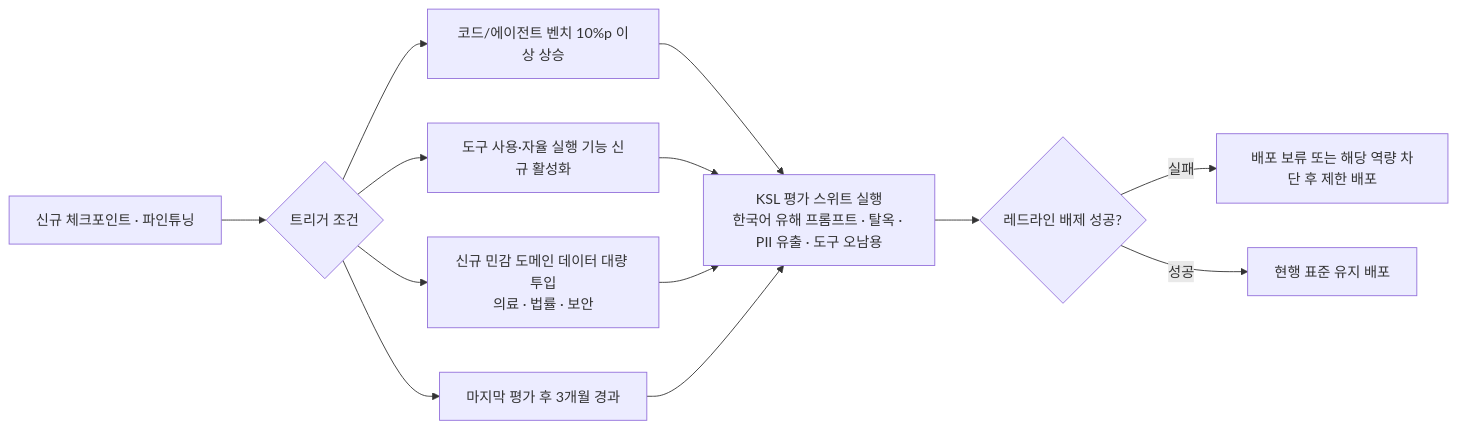
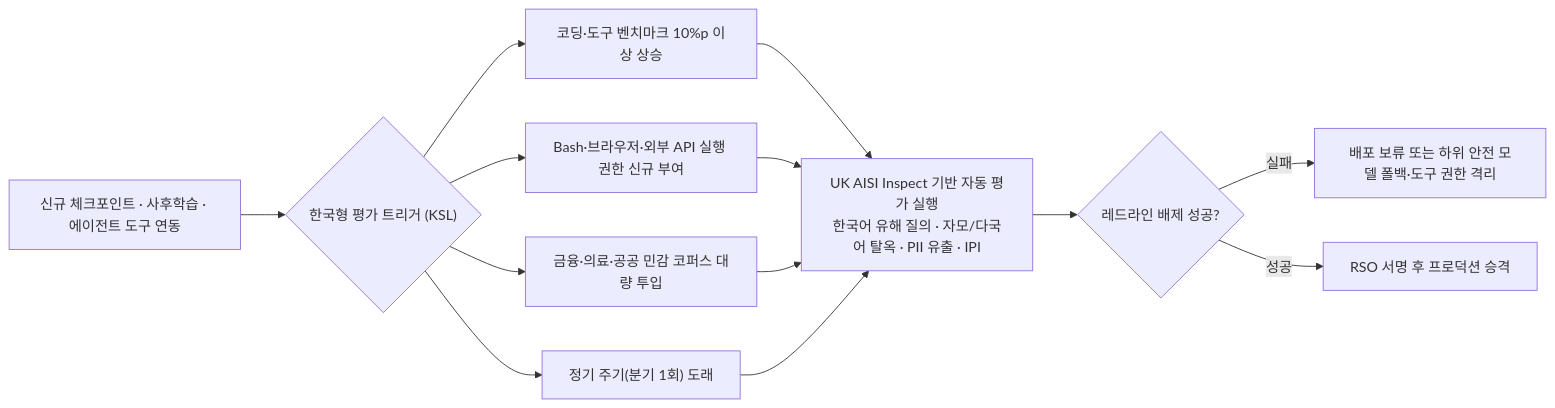
Before and after one commit to likerberi/corpuse: the second of 2 diagrams in reviews/week-02/review_week02.md, drawn with Mermaid. The commit also changed other lines of this file and 11 other files, not shown here.

````diff
--- a/reviews/week-02/review_week02.md
+++ b/reviews/week-02/review_week02.md
@@ -148,15 +131,15 @@
 ```mermaid
 flowchart LR
-    A["신규 체크포인트 · 파인튜닝"] --> B{"트리거 조건"}
-    B --> C["코드/에이전트 벤치 10%p 이상 상승"]
-    B --> D["도구 사용·자율 실행 기능 신규 활성화"]
-    B --> E["신규 민감 도메인 데이터 대량 투입<br/>의료 · 법률 · 보안"]
-    B --> F["마지막 평가 후 3개월 경과"]
-    C --> G["KSL 평가 스위트 실행<br/>한국어 유해 프롬프트 · 탈옥 · PII 유출 · 도구 오남용"]
+    A["신규 체크포인트 · 사후학습 · 에이전트 도구 연동"] --> B{"한국형 평가 트리거 (KSL)"}
+    B --> C["코딩·도구 벤치마크 10%p 이상 상승"]
+    B --> D["Bash·브라우저·외부 API 실행 권한 신규 부여"]
+    B --> E["금융·의료·공공 민감 코퍼스 대량 투입"]
+    B --> F["정기 주기(분기 1회) 도래"]
+    C --> G["UK AISI Inspect 기반 자동 평가 실행<br/>한국어 유해 질의 · 자모/다국어 탈옥 · PII 유출 · IPI"]
     D --> G
     E --> G
     F --> G
     G --> H{"레드라인 배제 성공?"}
-    H -- "실패" --> I["배포 보류 또는 해당 역량 차단 후 제한 배포"]
-    H -- "성공" --> J["현행 표준 유지 배포"]
+    H -- "실패" --> I["배포 보류 또는 하위 안전 모델 폴백·도구 권한 격리"]
+    H -- "성공" --> J["RSO 서명 후 프로덕션 승격"]
 ```
````
